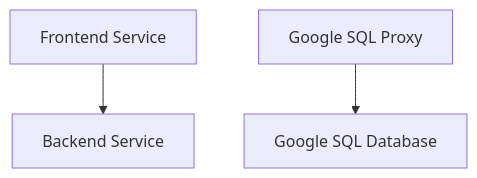
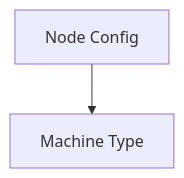
One commit to Hacka25/webapp changed the third of 9 diagrams in README.md. Above: the diagram before and after it, drawn with Mermaid. The commit also changed other lines of this file, not shown here.

Commit message:
[skip-autodocs] Update README and architecture diagram

````diff
--- a/README.md
+++ b/README.md
@@ -71,5 +62,4 @@
 ```mermaid
 graph TD
-    A[Frontend Service] --> B[Backend Service]
-    C[Google SQL Proxy] --> D[Google SQL Database]
+    C[Node Config] --> D[Machine Type]
 ```
````
